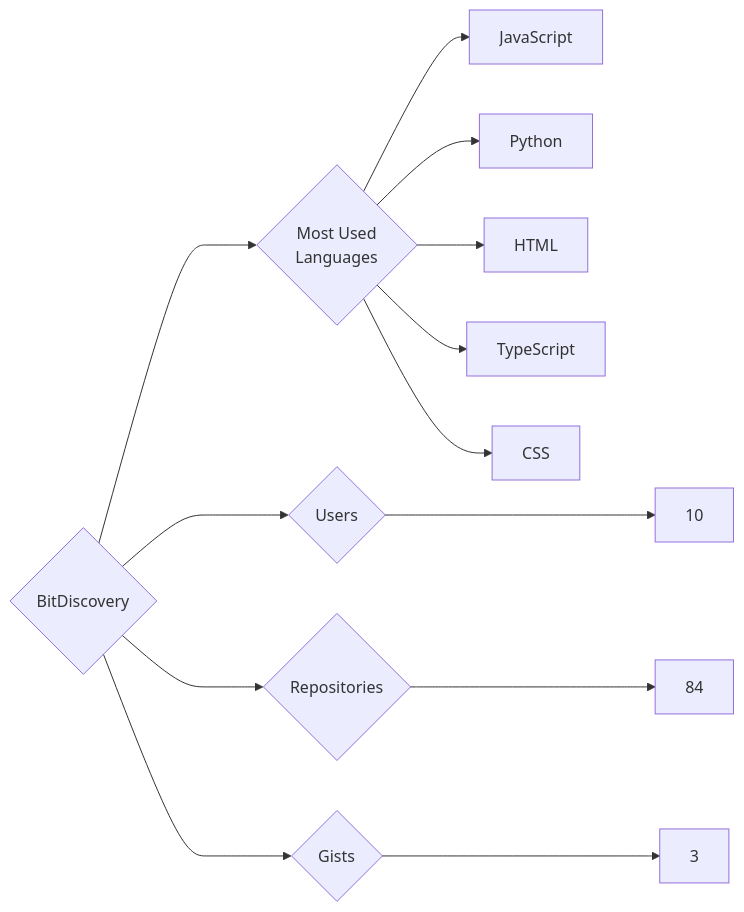
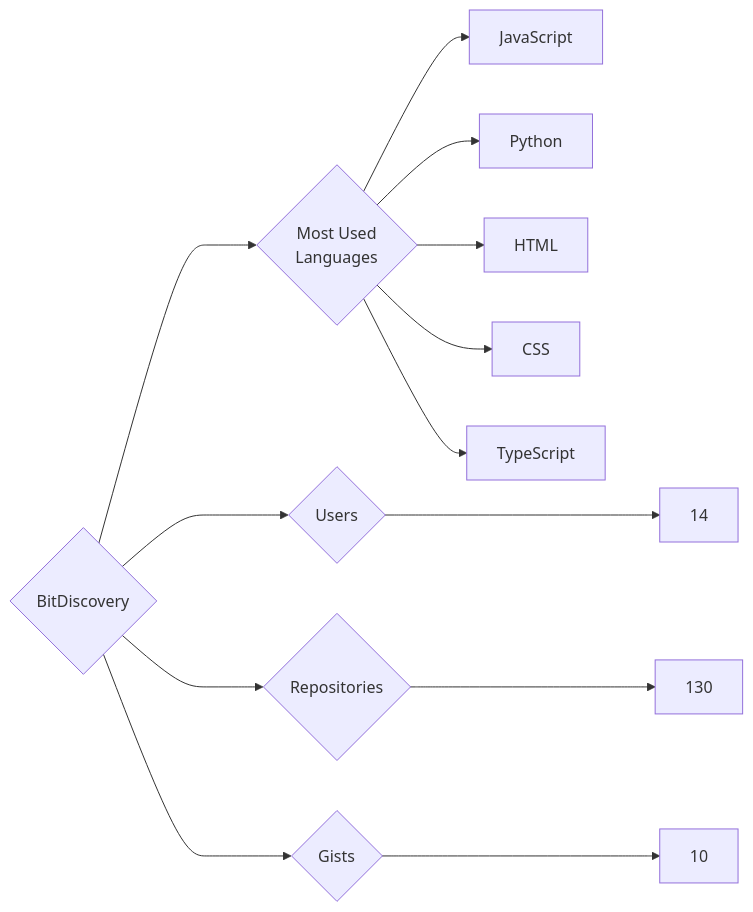
One commit to trickest/insiders changed the diagram in targets/BitDiscovery/README.md. Above: the diagram before and after it, drawn with Mermaid. The commit also changed 1195 other files, not shown here.

````diff
--- a/targets/BitDiscovery/README.md
+++ b/targets/BitDiscovery/README.md
@@ -3,13 +3,13 @@
 ```mermaid
 graph LR
 COMPANY_NAME{BitDiscovery}
-COMPANY_NAME ---> U{Users} ---> UN[10]
-COMPANY_NAME ---> R{Repositories} ---> RN[84]
-COMPANY_NAME ---> G{Gists} ---> GN[3]
+COMPANY_NAME ---> U{Users} ---> UN[14]
+COMPANY_NAME ---> R{Repositories} ---> RN[130]
+COMPANY_NAME ---> G{Gists} ---> GN[10]
 COMPANY_NAME ---> ML{Most Used<br>Languages}
 ML --> JavaScript[JavaScript]
 ML --> Python[Python]
 ML --> HTML[HTML]
+ML --> CSS[CSS]
 ML --> TypeScript[TypeScript]
-ML --> CSS[CSS]
 ```
````
